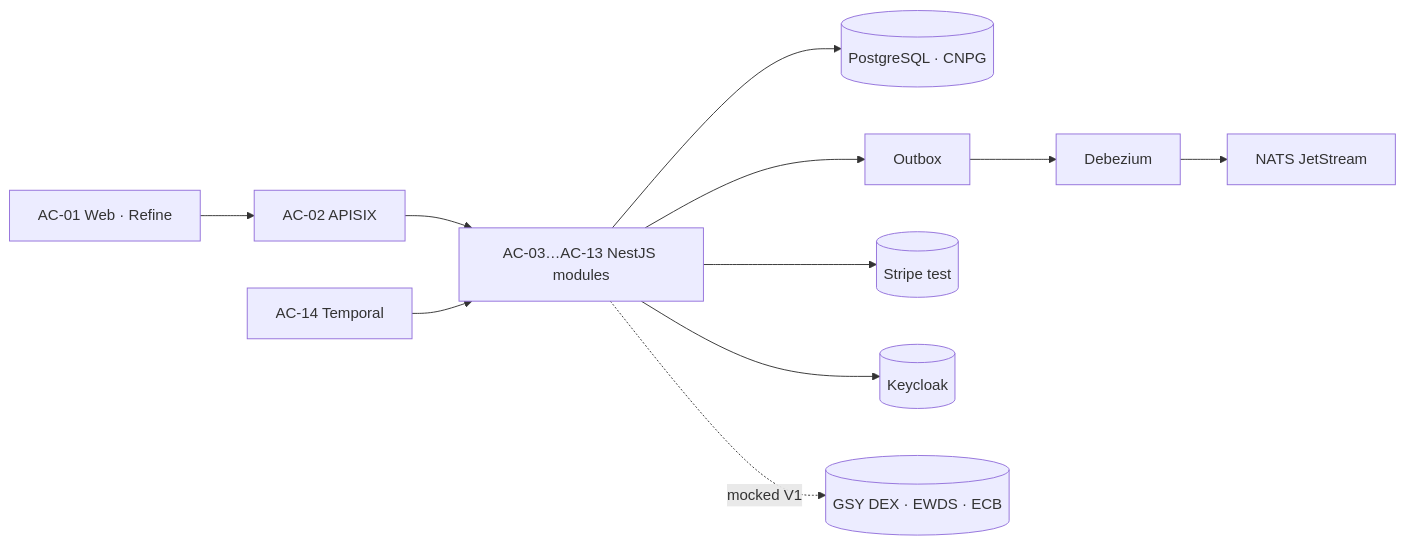
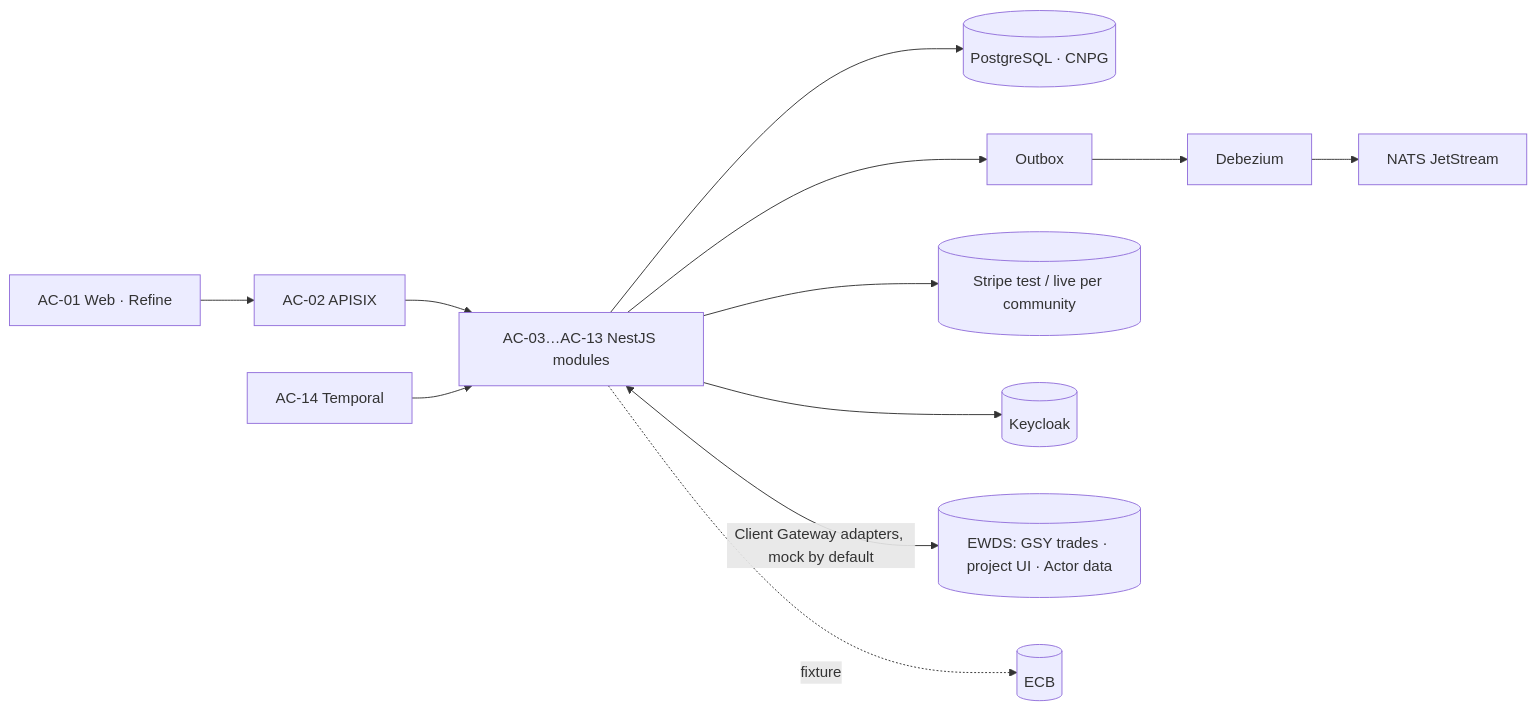
Before and after one commit to blooo-io/intelligent-eu-bps-source: the diagram in README.md, drawn with Mermaid. The commit also changed other lines of this file and 96 other files, not shown here.

````diff
--- a/README.md
+++ b/README.md
@@ -63,12 +65,13 @@
 ```mermaid
 %% elk %%
 flowchart LR
   WEB[AC-01 Web · Refine] --> GW[AC-02 APISIX]
   GW --> MOD[AC-03…AC-13 NestJS modules]
   MOD --> PG[(PostgreSQL · CNPG)]
   MOD --> OUT[Outbox] --> DBZ[Debezium] --> NATS[NATS JetStream]
   SCH[AC-14 Temporal] --> MOD
-  MOD --> STRIPE[(Stripe test)]
+  MOD --> STRIPE[(Stripe test / live per community)]
   MOD --> KC[(Keycloak)]
-  MOD -.->|mocked V1| EXT[(GSY DEX · EWDS · ECB)]
+  MOD <-->|Client Gateway adapters, mock by default| EXT[(EWDS: GSY trades · project UI · Actor data)]
+  MOD -.->|fixture| ECB[(ECB)]
 ```
````
